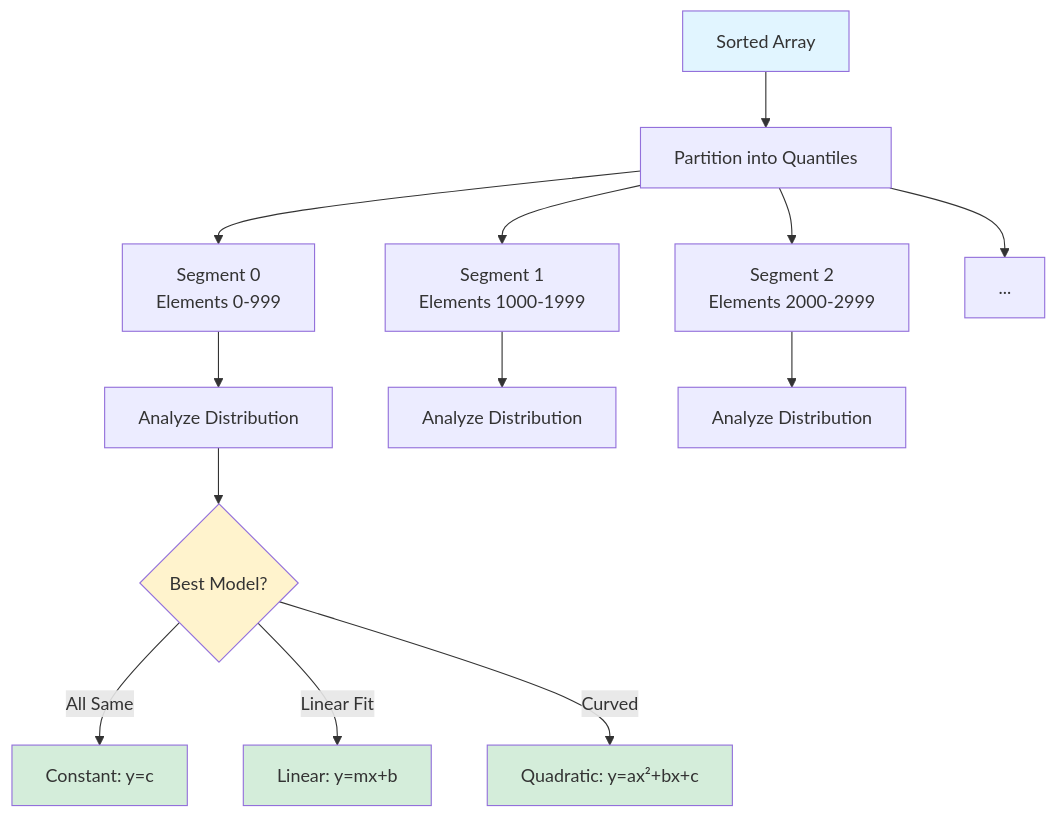
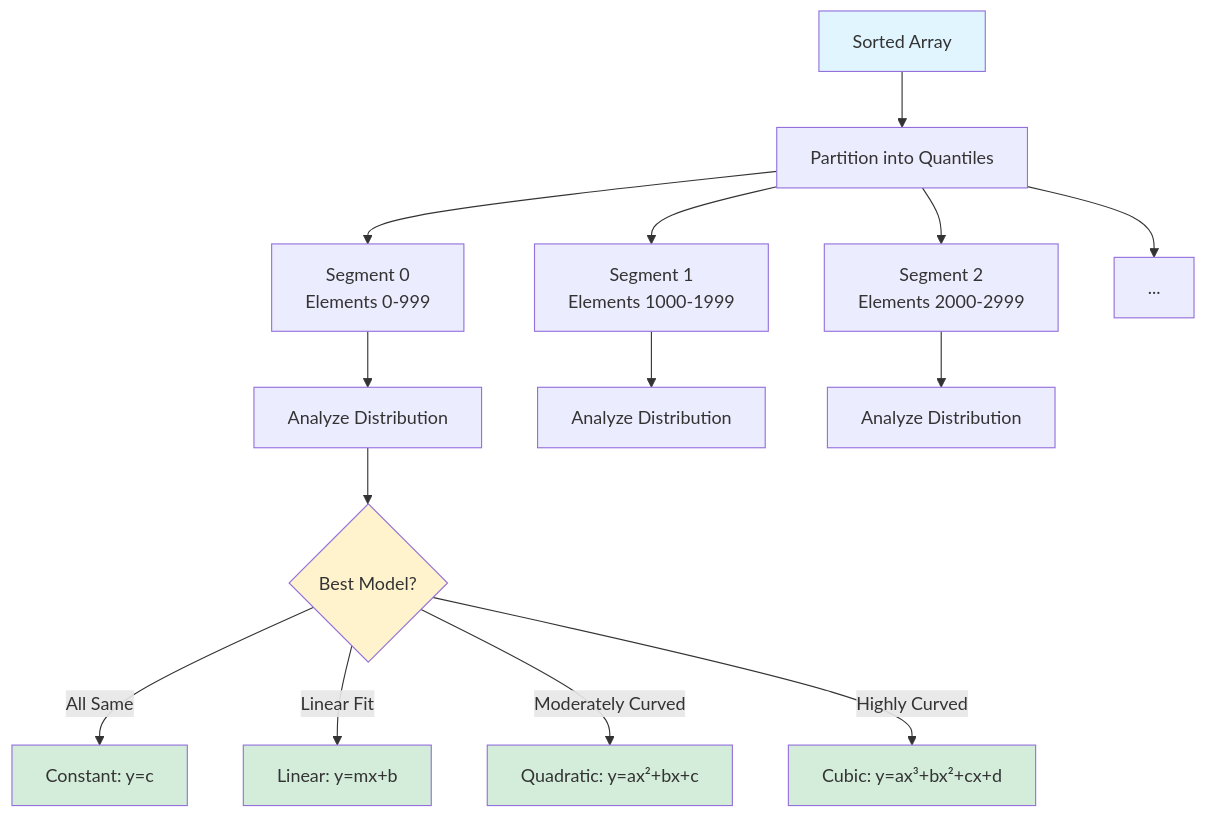
Before and after one commit to mattyv/JazzyIndex: the first of 2 diagrams in README.md, drawn with Mermaid. The commit also changed other lines of this file and 1 other file, not shown here.

First line of the commit message:
Update documentation to reflect CUBIC model support

````diff
--- a/README.md
+++ b/README.md
@@ -80,23 +81,25 @@
 ```mermaid
 graph TD
     A[Sorted Array] --> B[Partition into Quantiles]
     B --> C[Segment 0<br/>Elements 0-999]
     B --> D[Segment 1<br/>Elements 1000-1999]
     B --> E[Segment 2<br/>Elements 2000-2999]
     B --> F[...]
 
     C --> G[Analyze Distribution]
     D --> H[Analyze Distribution]
     E --> I[Analyze Distribution]
 
     G --> J{Best Model?}
     J -->|All Same| K[Constant: y=c]
     J -->|Linear Fit| L[Linear: y=mx+b]
-    J -->|Curved| M[Quadratic: y=ax²+bx+c]
+    J -->|Moderately Curved| M[Quadratic: y=ax²+bx+c]
+    J -->|Highly Curved| N[Cubic: y=ax³+bx²+cx+d]
 
     style A fill:#e1f5ff
     style J fill:#fff3cd
     style K fill:#d4edda
     style L fill:#d4edda
     style M fill:#d4edda
+    style N fill:#d4edda
 ```
````
